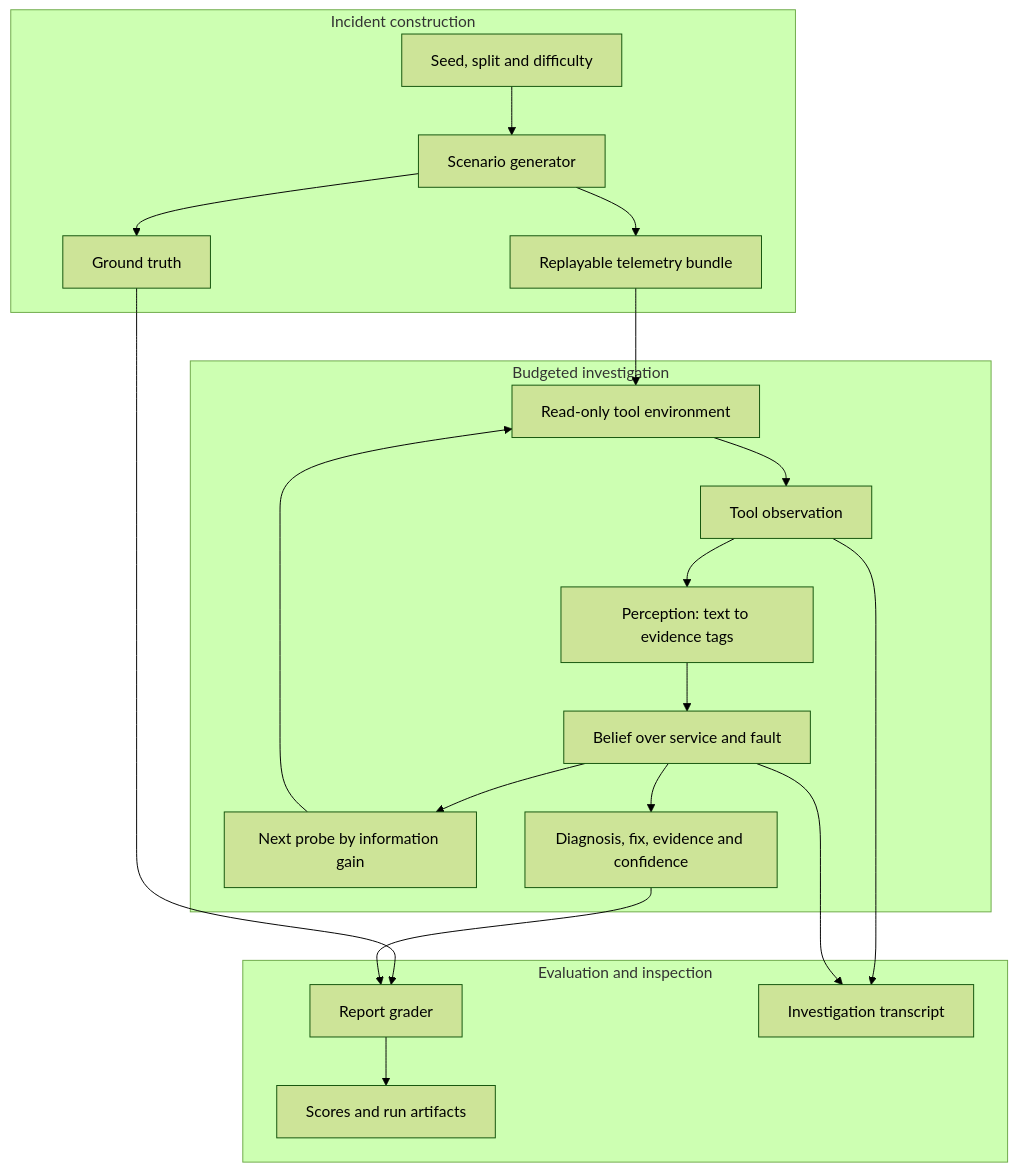
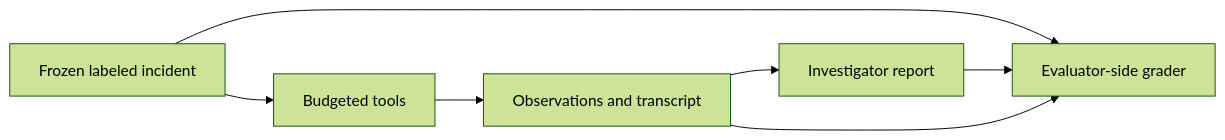
The diagram in README.md (Pranjal677504/Inquest), drawn with Mermaid (forest theme) before and after one commit. The commit also changed other lines of this file and 5 other files, not shown here.

````diff
--- a/README.md
+++ b/README.md
@@ -46,26 +72,9 @@
 ```mermaid
-flowchart TB
-    subgraph Construction["Incident construction"]
-        C[Seed, split and difficulty] --> G[Scenario generator]
-        G --> B[Replayable telemetry bundle]
-        G --> GT[Ground truth]
-    end
-
-    subgraph Investigation["Budgeted investigation"]
-        B --> E[Read-only tool environment]
-        E --> O[Tool observation]
-        O --> P[Perception: text to evidence tags]
-        P --> H[Belief over service and fault]
-        H --> Q[Next probe by information gain]
-        Q --> E
-        H --> R[Diagnosis, fix, evidence and confidence]
-    end
-
-    subgraph Evaluation["Evaluation and inspection"]
-        GT --> S[Report grader]
-        R --> S
-        S --> A[Scores and run artifacts]
-        O --> T[Investigation transcript]
-        H --> T
-    end
+flowchart LR
+    F[Frozen labeled incident] --> E[Budgeted tools]
+    E --> O[Observations and transcript]
+    O --> R[Investigator report]
+    F --> G[Evaluator-side grader]
+    R --> G
+    O --> G
 ```
````
